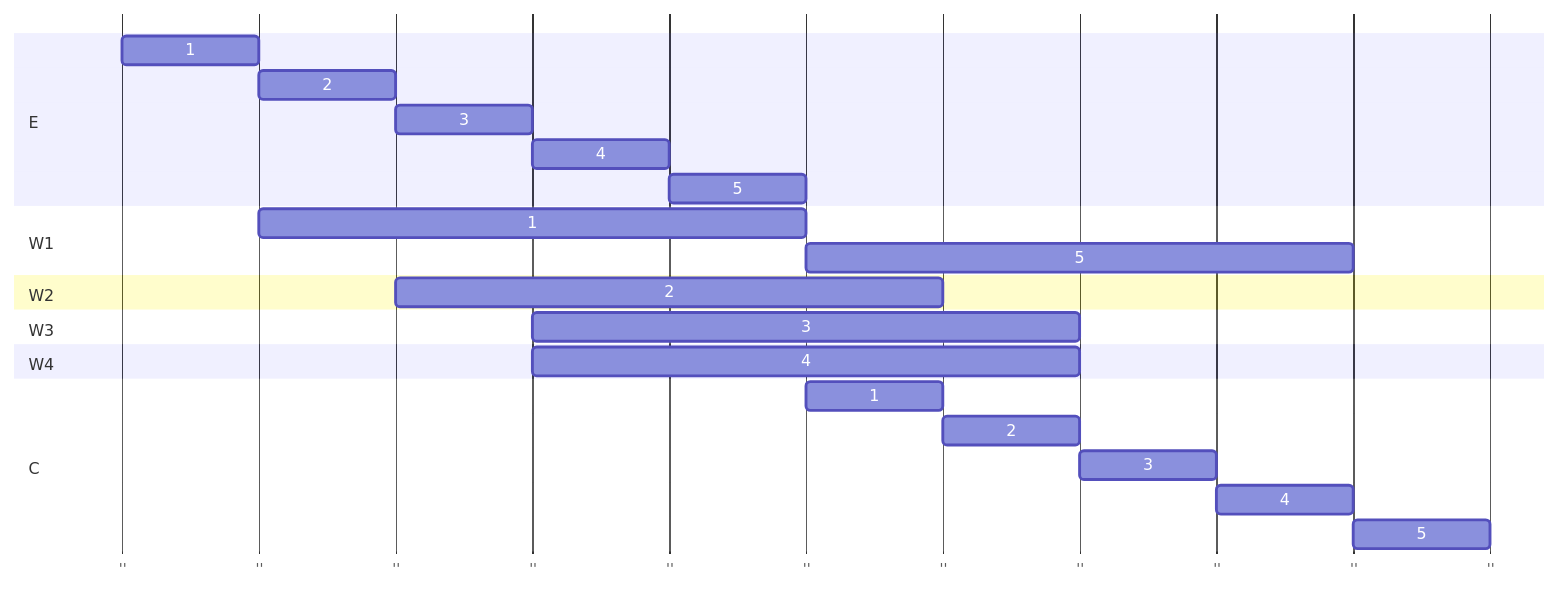
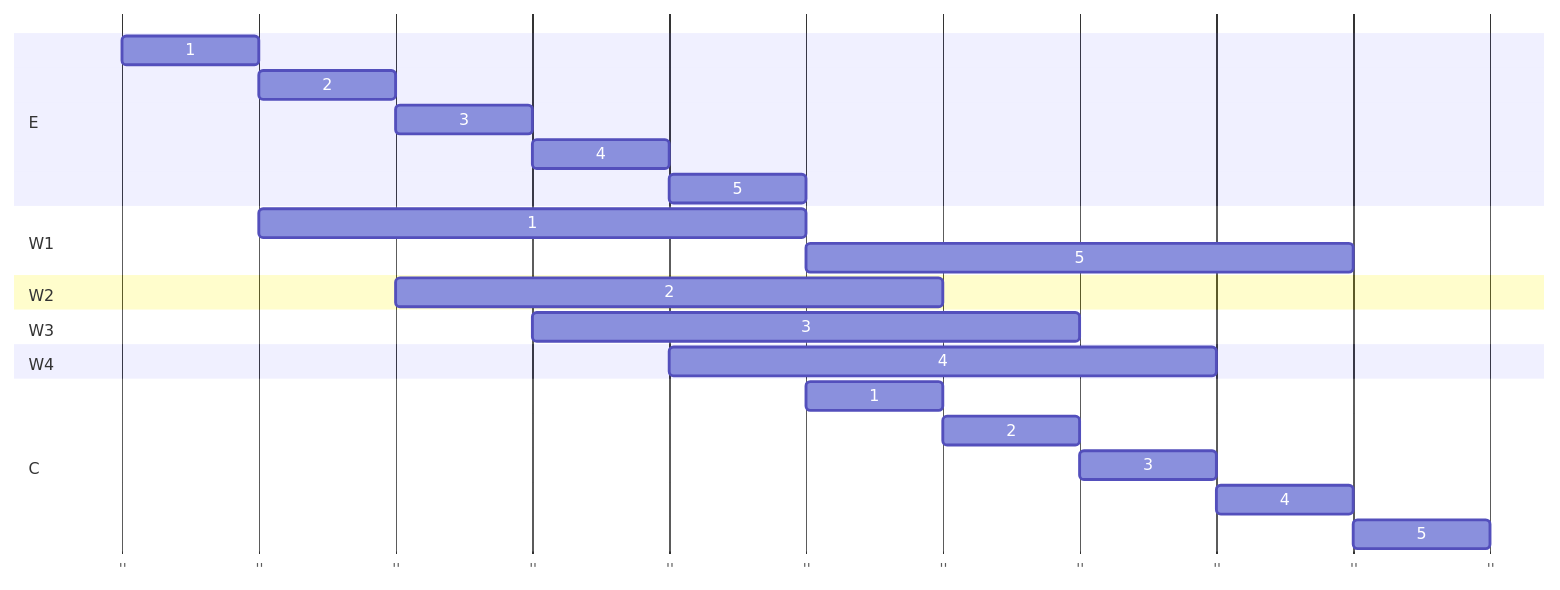
One commit to Firi0n/appunti-AESO changed the sixth of 8 diagrams in readme.md. Above: the diagram before and after it, drawn with Mermaid. The commit also changed other lines of this file, not shown here.

````diff
--- a/readme.md
+++ b/readme.md
@@ -1131,27 +1129,27 @@
 ```mermaid
 gantt
     dateFormat  s
     axisFormat  ''
 
     section E
     1 : 1,1s
     2 : 2,1s
     3 : 3,1s
     4 : 4,1s
     5 : 5,1s
     section W1
     1: 2,4s
     5:6,4s
     section W2
     2: 3,4s
     section W3
     3: 4,4s
     section W4
-    4: 4,4s
+    4: 5,4s
     section C
     1 : 6,1s
     2 : 7,1s
     3 : 8,1s
     4 : 9,1s
     5 : 10,1s
 ```
````
